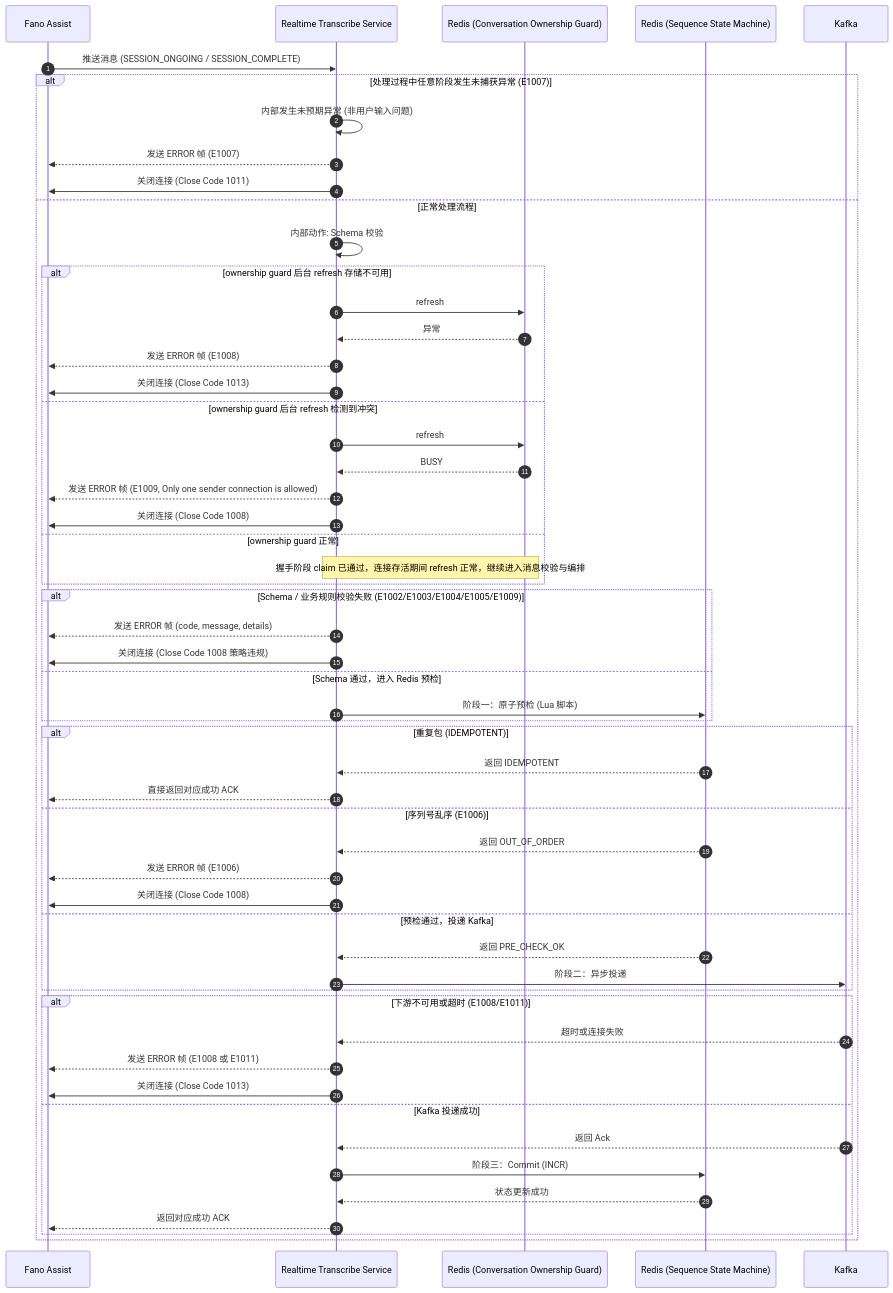
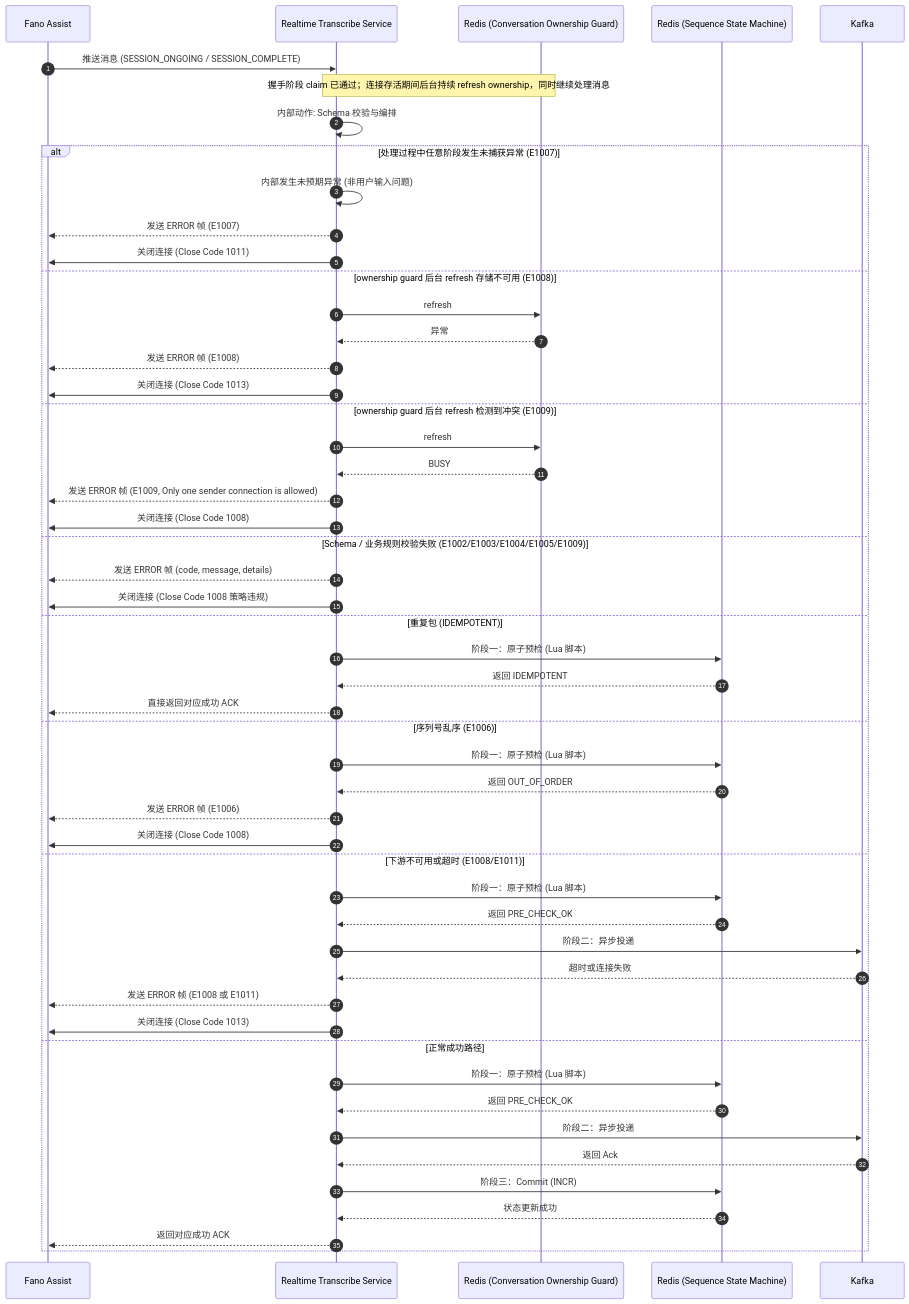
Before and after one commit to xiaodouya001/transcribe_service: the fifth of 6 diagrams in design/realtime-transcribe-service-app-design_zh.md, drawn with Mermaid. The commit also changed 1 other file, not shown here.

Commit message:
Simplify exception flow Mermaid diagrams

````diff
--- a/design/realtime-transcribe-service-app-design_zh.md
+++ b/design/realtime-transcribe-service-app-design_zh.md
@@ -223,62 +223,55 @@
 ```mermaid
 sequenceDiagram
     autonumber
     participant Upstream as Fano Assist
     participant Trans as Realtime Transcribe Service
     participant RedisOwnership as Redis (Conversation Ownership Guard)
     participant RedisState as Redis (Sequence State Machine)
     participant Kafka as Kafka
     Upstream->>Trans: 推送消息 (SESSION_ONGOING / SESSION_COMPLETE)
+    Note over Trans,RedisOwnership: 握手阶段 claim 已通过；连接存活期间后台持续 refresh ownership，同时继续处理消息
+    Trans->>Trans: 内部动作: Schema 校验与编排
 
-        alt 处理过程中任意阶段发生未捕获异常 (E1007)
-            Trans->>Trans: 内部发生未预期异常 (非用户输入问题)
-            Trans-->>Upstream: 发送 ERROR 帧 (E1007)
-            Trans->>Upstream: 关闭连接 (Close Code 1011)
-        else 正常处理流程
-            Trans->>Trans: 内部动作: Schema 校验
-
-            alt ownership guard 后台 refresh 存储不可用
-                Trans->>RedisOwnership: refresh
-                RedisOwnership-->>Trans: 异常
-                Trans-->>Upstream: 发送 ERROR 帧 (E1008)
-                Trans->>Upstream: 关闭连接 (Close Code 1013)
-            else ownership guard 后台 refresh 检测到冲突
-                Trans->>RedisOwnership: refresh
-                RedisOwnership-->>Trans: BUSY
-                Trans-->>Upstream: 发送 ERROR 帧 (E1009, Only one sender connection is allowed)
-                Trans->>Upstream: 关闭连接 (Close Code 1008)
-            else ownership guard 正常
-                Note over Trans,RedisOwnership: 握手阶段 claim 已通过，连接存活期间 refresh 正常，继续进入消息校验与编排
-            end
-
-            alt Schema / 业务规则校验失败 (E1002/E1003/E1004/E1005/E1009)
-                Trans-->>Upstream: 发送 ERROR 帧 (code, message, details)
-                Trans->>Upstream: 关闭连接 (Close Code 1008 策略违规)
-            else Schema 通过，进入 Redis 预检
-                Trans->>RedisState: 阶段一：原子预检 (Lua 脚本)
-            end
-
-            alt 重复包 (IDEMPOTENT)
-                RedisState-->>Trans: 返回 IDEMPOTENT
-                Trans-->>Upstream: 直接返回对应成功 ACK
-            else 序列号乱序 (E1006)
-                RedisState-->>Trans: 返回 OUT_OF_ORDER
-                Trans-->>Upstream: 发送 ERROR 帧 (E1006)
-                Trans->>Upstream: 关闭连接 (Close Code 1008)
-            else 预检通过，投递 Kafka
-                RedisState-->>Trans: 返回 PRE_CHECK_OK
-                Trans->>Kafka: 阶段二：异步投递
-            end
-
-            alt 下游不可用或超时 (E1008/E1011)
-                Kafka-->>Trans: 超时或连接失败
-                Trans-->>Upstream: 发送 ERROR 帧 (E1008 或 E1011)
-                Trans->>Upstream: 关闭连接 (Close Code 1013)
-            else Kafka 投递成功
-                Kafka-->>Trans: 返回 Ack
-                Trans->>RedisState: 阶段三：Commit (INCR)
-                RedisState-->>Trans: 状态更新成功
-                Trans-->>Upstream: 返回对应成功 ACK
-            end
-        end
+    alt 处理过程中任意阶段发生未捕获异常 (E1007)
+        Trans->>Trans: 内部发生未预期异常 (非用户输入问题)
+        Trans-->>Upstream: 发送 ERROR 帧 (E1007)
+        Trans->>Upstream: 关闭连接 (Close Code 1011)
+    else ownership guard 后台 refresh 存储不可用 (E1008)
+        Trans->>RedisOwnership: refresh
+        RedisOwnership-->>Trans: 异常
+        Trans-->>Upstream: 发送 ERROR 帧 (E1008)
+        Trans->>Upstream: 关闭连接 (Close Code 1013)
+    else ownership guard 后台 refresh 检测到冲突 (E1009)
+        Trans->>RedisOwnership: refresh
+        RedisOwnership-->>Trans: BUSY
+        Trans-->>Upstream: 发送 ERROR 帧 (E1009, Only one sender connection is allowed)
+        Trans->>Upstream: 关闭连接 (Close Code 1008)
+    else Schema / 业务规则校验失败 (E1002/E1003/E1004/E1005/E1009)
+        Trans-->>Upstream: 发送 ERROR 帧 (code, message, details)
+        Trans->>Upstream: 关闭连接 (Close Code 1008 策略违规)
+    else 重复包 (IDEMPOTENT)
+        Trans->>RedisState: 阶段一：原子预检 (Lua 脚本)
+        RedisState-->>Trans: 返回 IDEMPOTENT
+        Trans-->>Upstream: 直接返回对应成功 ACK
+    else 序列号乱序 (E1006)
+        Trans->>RedisState: 阶段一：原子预检 (Lua 脚本)
+        RedisState-->>Trans: 返回 OUT_OF_ORDER
+        Trans-->>Upstream: 发送 ERROR 帧 (E1006)
+        Trans->>Upstream: 关闭连接 (Close Code 1008)
+    else 下游不可用或超时 (E1008/E1011)
+        Trans->>RedisState: 阶段一：原子预检 (Lua 脚本)
+        RedisState-->>Trans: 返回 PRE_CHECK_OK
+        Trans->>Kafka: 阶段二：异步投递
+        Kafka-->>Trans: 超时或连接失败
+        Trans-->>Upstream: 发送 ERROR 帧 (E1008 或 E1011)
+        Trans->>Upstream: 关闭连接 (Close Code 1013)
+    else 正常成功路径
+        Trans->>RedisState: 阶段一：原子预检 (Lua 脚本)
+        RedisState-->>Trans: 返回 PRE_CHECK_OK
+        Trans->>Kafka: 阶段二：异步投递
+        Kafka-->>Trans: 返回 Ack
+        Trans->>RedisState: 阶段三：Commit (INCR)
+        RedisState-->>Trans: 状态更新成功
+        Trans-->>Upstream: 返回对应成功 ACK
+    end
 ```
````
